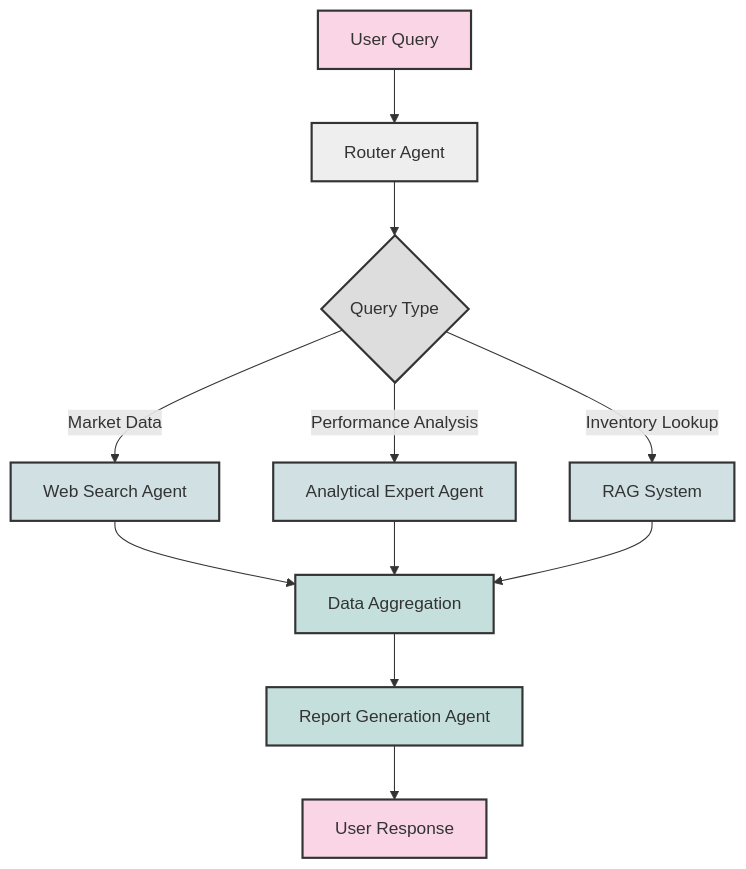
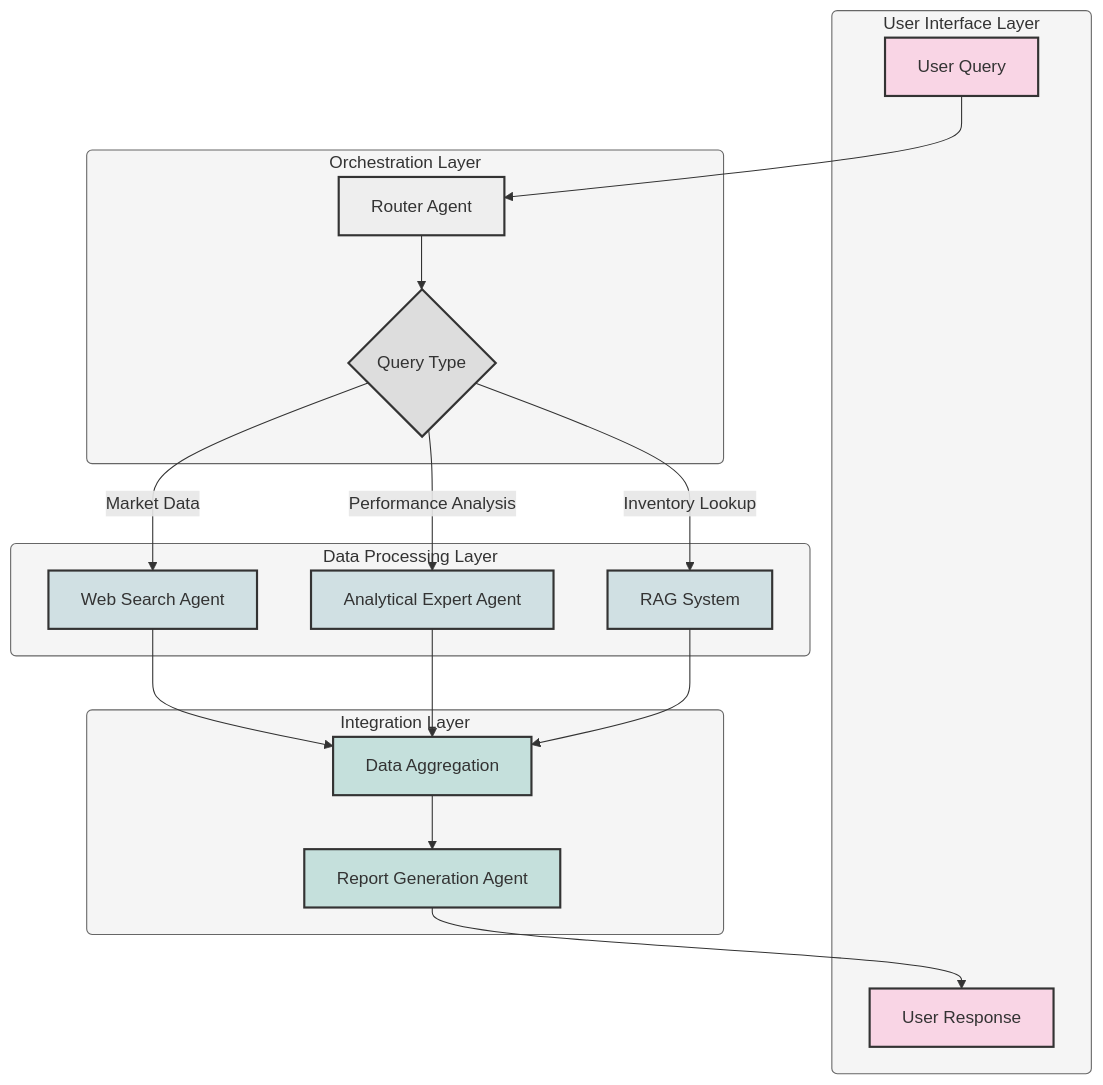
One commit to pritom02bh/agentic_ai_rag_system changed the diagram in README.md. Above: the diagram before and after it, drawn with Mermaid. The commit also changed other lines of this file, not shown here.

````diff
--- a/README.md
+++ b/README.md
@@ -60,23 +60,47 @@
 ```mermaid
 graph TD
-    A[User Query] --> B[Router Agent]
-    B --> C{Query Type}
-    C -->|Market Data| D[Web Search Agent]
-    C -->|Performance Analysis| E[Analytical Expert Agent]
-    C -->|Inventory Lookup| F[RAG System]
-    D --> G[Data Aggregation]
+    subgraph User_Layer["User Interface Layer"]
+        A[User Query]
+        I[User Response]
+    end
+    
+    subgraph Orchestration_Layer["Orchestration Layer"]
+        B[Router Agent]
+        C{Query Type}
+    end
+    
+    subgraph Processing_Layer["Data Processing Layer"]
+        D[Web Search Agent]
+        E[Analytical Expert Agent]
+        F[RAG System]
+    end
+    
+    subgraph Integration_Layer["Integration Layer"]
+        G[Data Aggregation]
+        H[Report Generation Agent]
+    end
+    
+    A --> B
+    B --> C
+    C -->|Market Data| D
+    C -->|Performance Analysis| E
+    C -->|Inventory Lookup| F
+    D --> G
     E --> G
     F --> G
-    G --> H[Report Generation Agent]
-    H --> I[User Response]
+    G --> H
+    H --> I
     
     style A fill:#f9d5e5,stroke:#333,stroke-width:2px
     style B fill:#eeeeee,stroke:#333,stroke-width:2px
     style C fill:#dddddd,stroke:#333,stroke-width:2px
     style D fill:#d0e0e3,stroke:#333,stroke-width:2px
     style E fill:#d0e0e3,stroke:#333,stroke-width:2px
     style F fill:#d0e0e3,stroke:#333,stroke-width:2px
     style G fill:#c5e0dc,stroke:#333,stroke-width:2px
     style H fill:#c5e0dc,stroke:#333,stroke-width:2px
     style I fill:#f9d5e5,stroke:#333,stroke-width:2px
+    
+    classDef layerStyle fill:#f5f5f5,stroke:#666,stroke-width:1px,rx:5,ry:5;
+    class User_Layer,Orchestration_Layer,Processing_Layer,Integration_Layer layerStyle;
 ```
````
